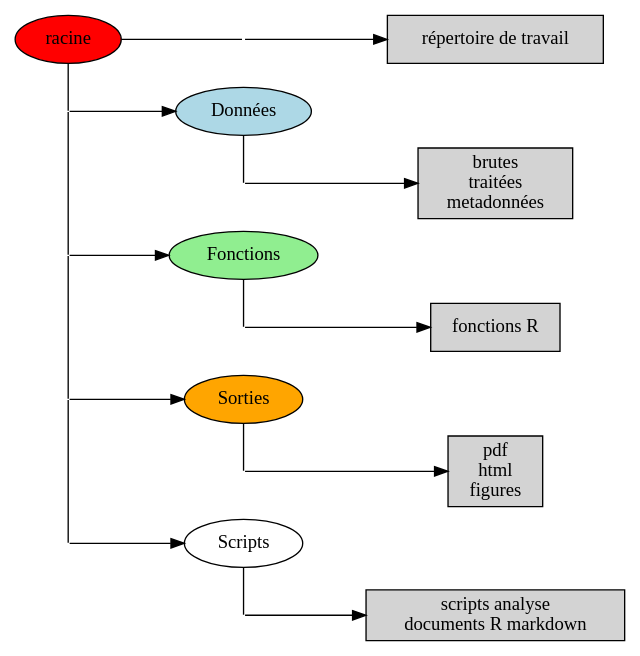
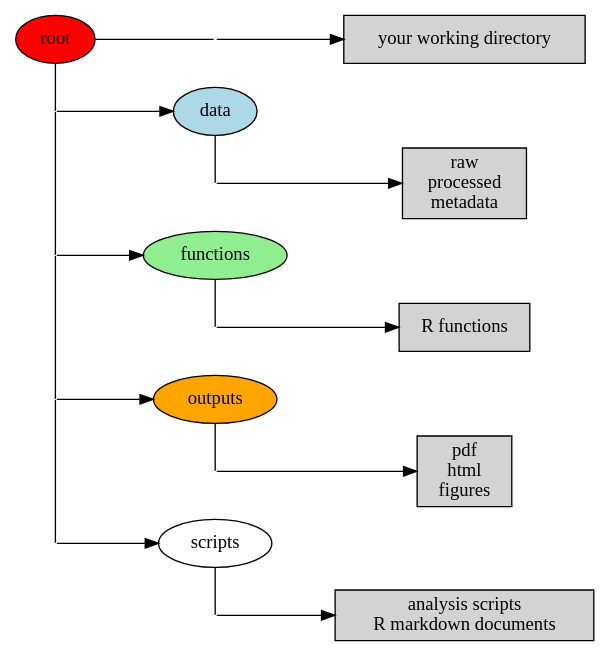
One commit to Biostats-uOttawa/R changed the diagram in lang/fr/01-debut.qmd. Above: the diagram before and after it, drawn with Graphviz. The commit also changed other lines of this file and 29 other files, not shown here.

````diff
--- a/lang/fr/01-debut.qmd
+++ b/lang/fr/01-debut.qmd
@@ -522,71 +391,74 @@
 ```{dot}
-#| eval: true
+//| label: fig-dir-struc
+//| fig-cap: "Recommended directory structure for analysis with R"
+//| fig-align: center
+
 digraph {
   rankdir=LR
   ranksep=0.5
   nodesep=0.5
   node [
     style = filled
     shape=oval
   ]
-  root [label="racine" fillcolor="red"]
-  data [label="Données" fillcolor="lightblue"]
-  functions [label="Fonctions" fillcolor="lightgreen"]
-  outputs [label="Sorties" fillcolor="orange"]
-  scripts [label="Scripts" fillcolor="white"]
+  root [fillcolor="red"]
+  data [fillcolor="lightblue"]
+  functions [fillcolor="lightgreen"]
+  outputs [fillcolor="orange"]
+  scripts [fillcolor="white"]
 
-  wd [label= "répertoire de travail", shape = rect]
-  LOT1 [label= "brutes\n traitées\n metadonnées", shape = rect]
-  LOT2 [label= "fonctions R", shape = rect]
-  LOT4 [label= "scripts analyse\n documents R markdown", shape = rect]
+  wd [label= "your working directory", shape = rect]
+  LOT1 [label= "raw\n processed\n metadata", shape = rect]
+  LOT2 [label= "R functions", shape = rect]
+  LOT4 [label= "analysis scripts\n R markdown documents", shape = rect]
   LOT3 [label = "pdf\n html\n figures", shape=rect]
 
   dot01 [shape=point width=0]
   root -> dot01 [arrowhead=none]
   dot01 -> wd [weight=20]
 
   {
     rank=same
     root
     dot1 [shape=point width=0]
     dot2 [shape=point width=0]
     dot3 [shape=point width=0]
     dot4 [shape=point width=0]
     root -> dot1 -> dot2 -> dot3 -> dot4 [arrowhead=none]
   }
 
   dot1 -> data [weight=20]
   {
     rank=same
     data
     dot21  [shape=point width=0]
     data -> dot21 [arrowhead=none]
   }
   dot21 -> LOT1 [weight=20]
   dot2 -> functions
   {
     rank=same
     functions
     dot22  [shape=point width=0]
     functions -> dot22 [arrowhead=none]
   }
   dot22 -> LOT2 [weight=20]
   dot3 -> outputs [weight=20]
   {
     rank=same
     outputs
     dot23 [shape=point width=0]
     outputs -> dot23 [arrowhead=none]
   }
   dot23 -> LOT3 [weight=20]
   
   dot4 -> scripts [weight=20]
   {
     rank=same
     scripts
     dot24 [shape=point width=0]
     scripts -> dot24 [arrowhead=none]
   }
   dot24 -> LOT4 [weight=20]
 }
 ```
````
